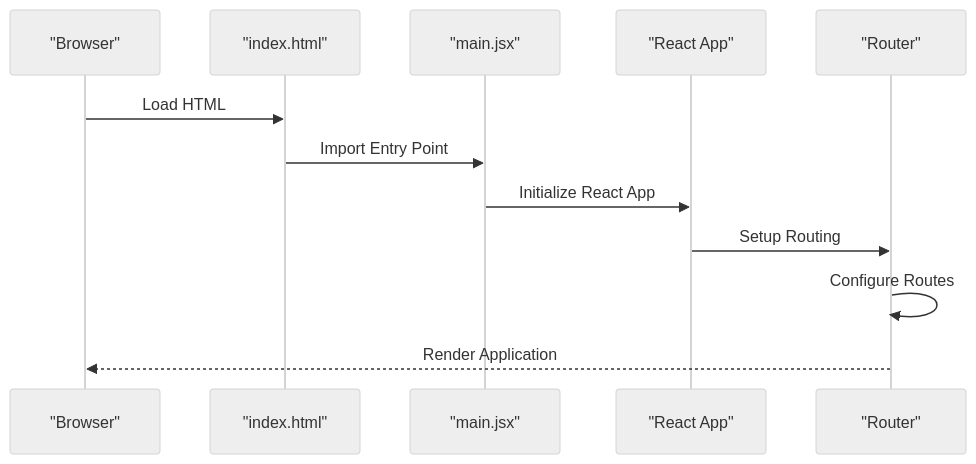
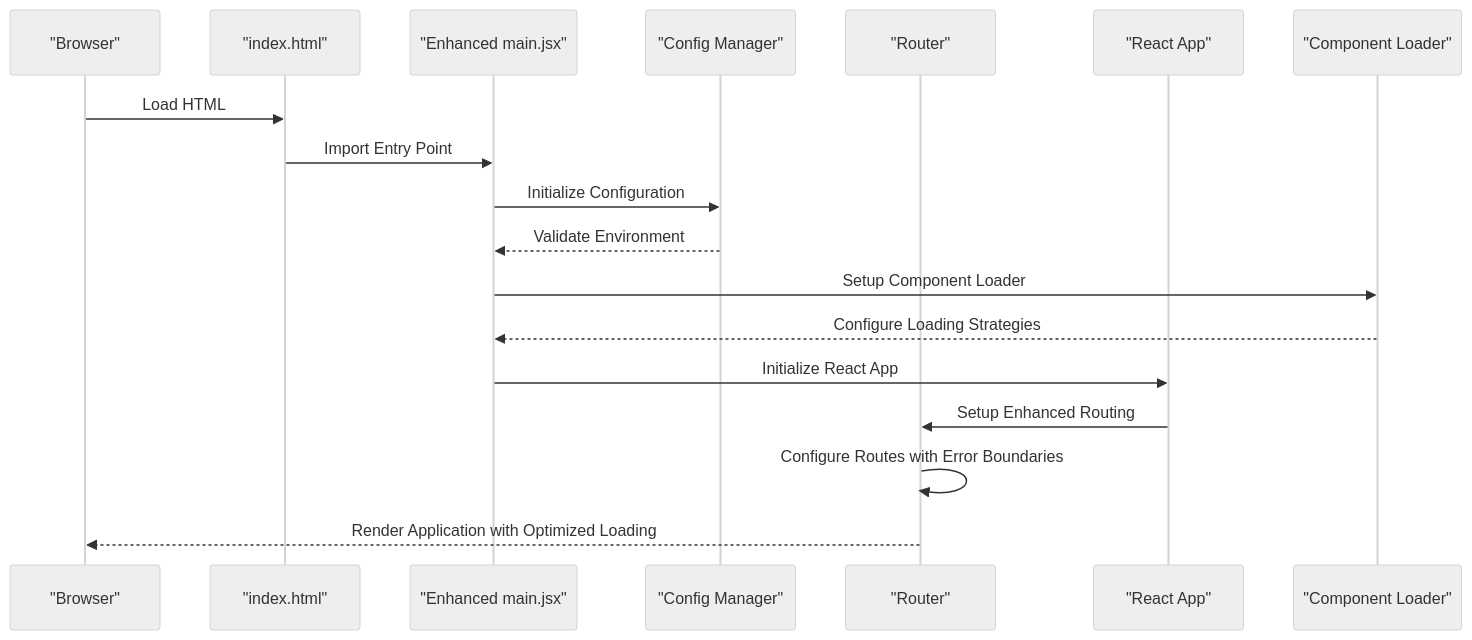
The third of 7 diagrams in .qoder/repowiki/en/content/Architecture Overview/Core Architecture Patterns.md (Theja4/podiummomentum), drawn with Mermaid (neutral theme) before and after one commit. The commit also changed other lines of this file and 48 other files, not shown here.

````diff
--- a/.qoder/repowiki/en/content/Architecture Overview/Core Architecture Patterns.md
+++ b/.qoder/repowiki/en/content/Architecture Overview/Core Architecture Patterns.md
@@ -180,14 +191,20 @@
 ```mermaid
 sequenceDiagram
 participant Browser as "Browser"
 participant Index as "index.html"
-participant Main as "main.jsx"
-participant React as "React App"
+participant Main as "Enhanced main.jsx"
+participant Config as "Config Manager"
 participant Router as "Router"
+participant App as "React App"
+participant Loader as "Component Loader"
 Browser->>Index : Load HTML
 Index->>Main : Import Entry Point
-Main->>React : Initialize React App
-React->>Router : Setup Routing
-Router->>Router : Configure Routes
-Router-->>Browser : Render Application
+Main->>Config : Initialize Configuration
+Config-->>Main : Validate Environment
+Main->>Loader : Setup Component Loader
+Loader-->>Main : Configure Loading Strategies
+Main->>App : Initialize React App
+App->>Router : Setup Enhanced Routing
+Router->>Router : Configure Routes with Error Boundaries
+Router-->>Browser : Render Application with Optimized Loading
 ```
````
